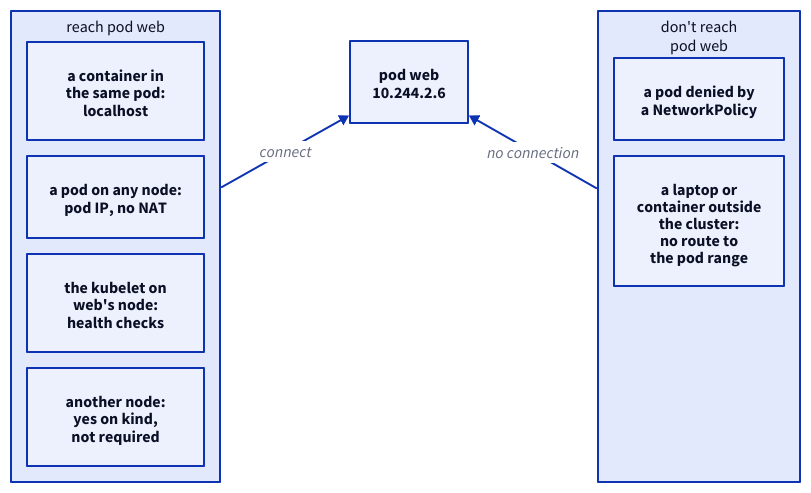
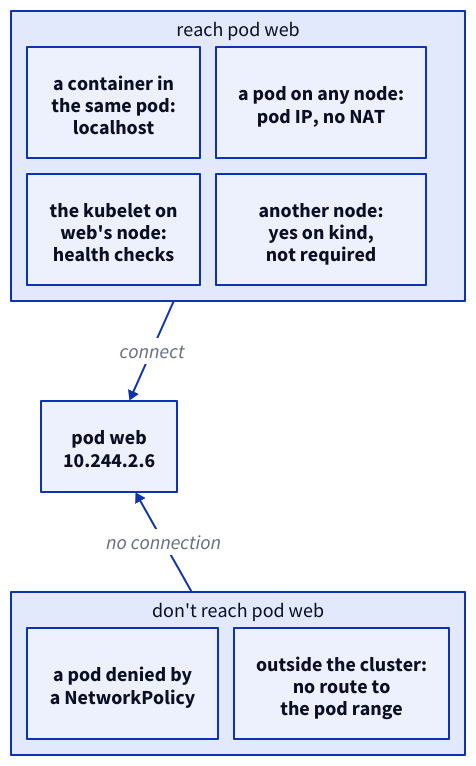
One commit to Tianbo-Qiu/build changed the diagram in content/k8s/network-model/reach.d2. Above: the diagram before and after it, drawn with D2. The commit also changed 27 other files, not shown here.

First line of the commit message:
Reflow oversized diagrams for readability

```diff
--- a/content/k8s/network-model/reach.d2
+++ b/content/k8s/network-model/reach.d2
@@ -1,29 +1,31 @@
-grid-rows: 1
-grid-columns: 3
-grid-gap: 100
+grid-rows: 3
+grid-columns: 1
+grid-gap: 70
 
 yes: "reach pod web" {
-  grid-columns: 1
+  grid-rows: 2
+  grid-columns: 2
   grid-gap: 16
   a: "a container in\nthe same pod:\nlocalhost"
   b: "a pod on any node:\npod IP, no NAT"
   c: "the kubelet on\nweb's node:\nhealth checks"
   d: "another node:\nyes on kind,\nnot required"
 }
 mid: "" {
   style.fill: transparent
   style.stroke: transparent
   web: "pod web\n10.244.2.6"
 }
-no: "don't reach\npod web" {
-  grid-columns: 1
+no: "don't reach pod web" {
+  grid-rows: 1
+  grid-columns: 2
   grid-gap: 16
   a: "a pod denied by\na NetworkPolicy"
-  b: "a laptop or\ncontainer outside\nthe cluster:\nno route to\nthe pod range"
+  b: "outside the cluster:\nno route to\nthe pod range"
 }
 
 yes -> mid.web: "connect"
 no -> mid.web: "no connection"
 
-**.style.font-size: 16
-(** -> **)[*].style.font-size: 16
+**.style.font-size: 20
+(** -> **)[*].style.font-size: 20
```
